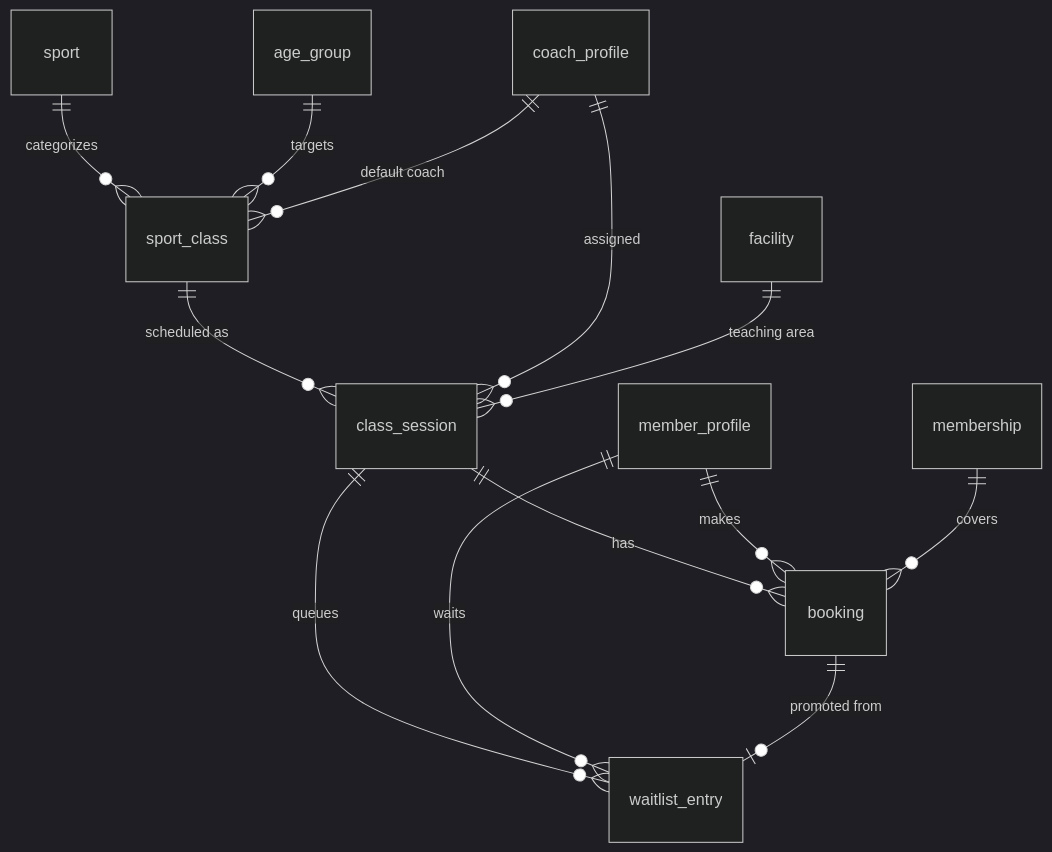
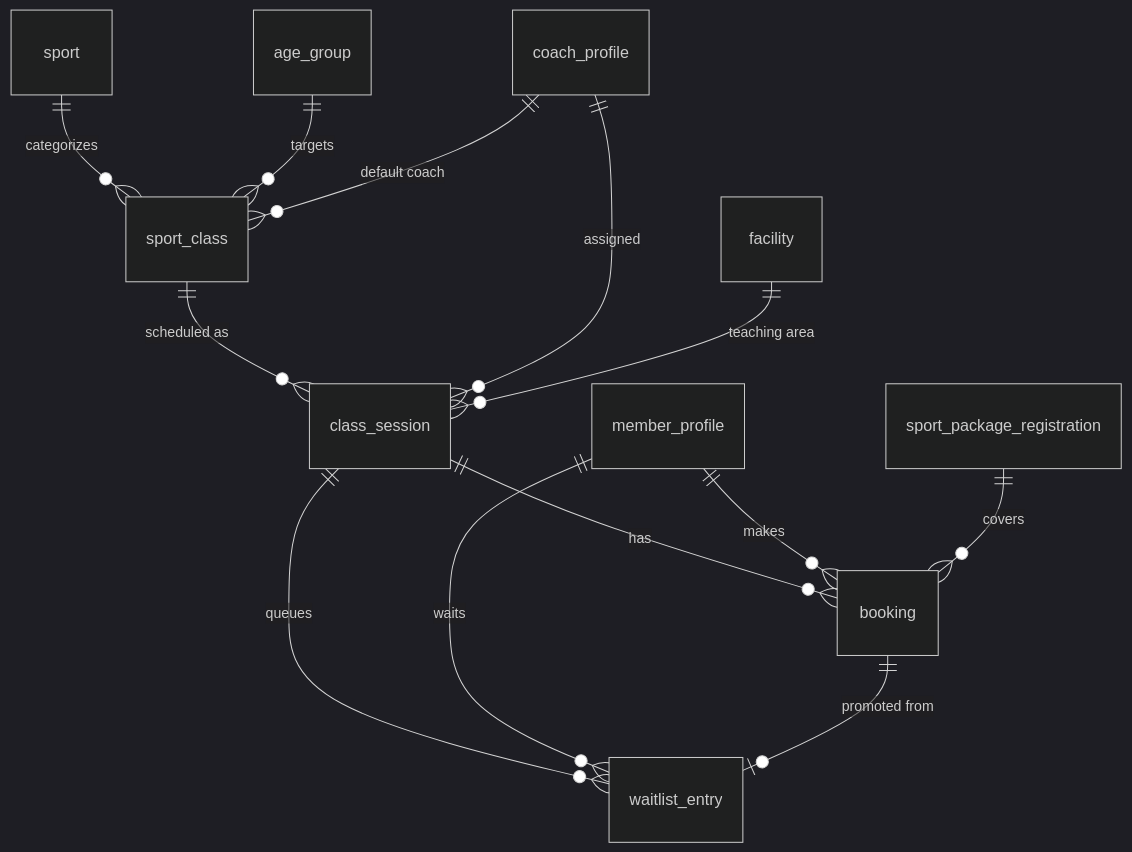
The diagram in docs/database/03-classes-and-booking.md (senko-do-thingz/G3-SportCentreManagement), drawn with Mermaid (dark theme) before and after one commit. The commit also changed other lines of this file and 8 other files, not shown here.

````diff
--- a/docs/database/03-classes-and-booking.md
+++ b/docs/database/03-classes-and-booking.md
@@ -10,15 +12,15 @@
 ```mermaid
 erDiagram
     sport ||--o{ sport_class : "categorizes"
     age_group ||--o{ sport_class : "targets"
     coach_profile ||--o{ sport_class : "default coach"
     sport_class ||--o{ class_session : "scheduled as"
     coach_profile ||--o{ class_session : "assigned"
     facility ||--o{ class_session : "teaching area"
     class_session ||--o{ booking : "has"
     member_profile ||--o{ booking : "makes"
-    membership ||--o{ booking : "covers"
+    sport_package_registration ||--o{ booking : "covers"
     class_session ||--o{ waitlist_entry : "queues"
     member_profile ||--o{ waitlist_entry : "waits"
     booking ||--o| waitlist_entry : "promoted from"
 ```
````
